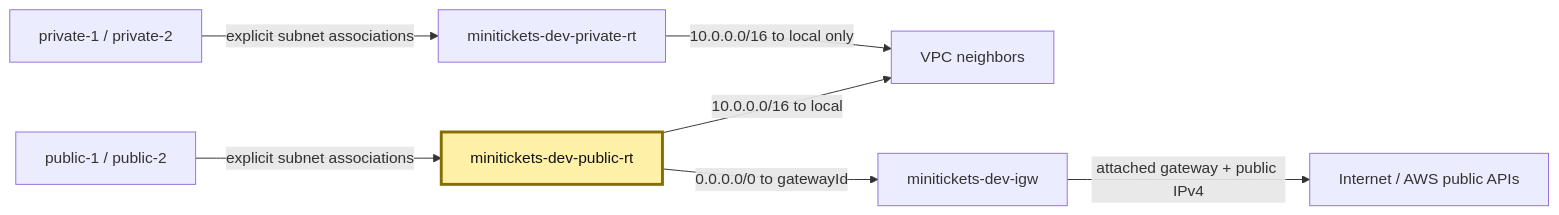
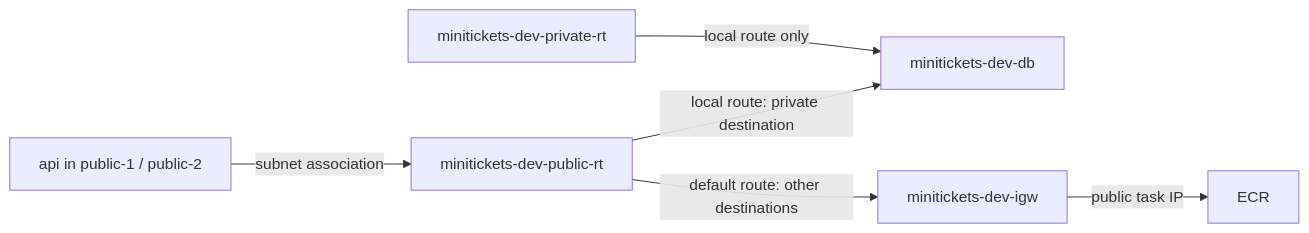
The diagram in docs/handbook/concepts/route-tables.md (maheshnd/minitickets), drawn with Mermaid before and after one commit. The commit also changed other lines of this file and 39 other files, not shown here.

````diff
--- a/docs/handbook/concepts/route-tables.md
+++ b/docs/handbook/concepts/route-tables.md
@@ -14,11 +18,8 @@
 ```mermaid
 flowchart LR
-    pub["public-1 / public-2"] -->|"explicit subnet associations"| rt["minitickets-dev-public-rt"]
-    rt -->|"10.0.0.0/16 to local"| local["VPC neighbors"]
-    rt -->|"0.0.0.0/0 to gatewayId"| igw["minitickets-dev-igw"]
-    igw -->|"attached gateway + public IPv4"| net["Internet / AWS public APIs"]
-    priv["private-1 / private-2"] -->|"explicit subnet associations"| prt["minitickets-dev-private-rt"]
-    prt -->|"10.0.0.0/16 to local only"| local
-    classDef focus fill:#fff1a8,stroke:#8a6d00,stroke-width:3px,color:#111
-    class rt focus
+    api["api in public-1 / public-2"] -->|"subnet association"| public["minitickets-dev-public-rt"]
+    public -->|"local route: private destination"| db["minitickets-dev-db"]
+    public -->|"default route: other destinations"| gate["minitickets-dev-igw"]
+    gate -->|"public task IP"| ecr["ECR"]
+    private["minitickets-dev-private-rt"] -->|"local route only"| db
 ```
````
